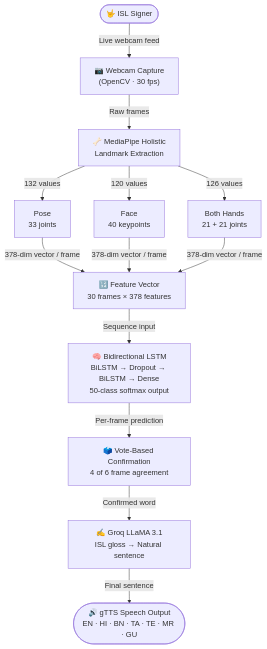
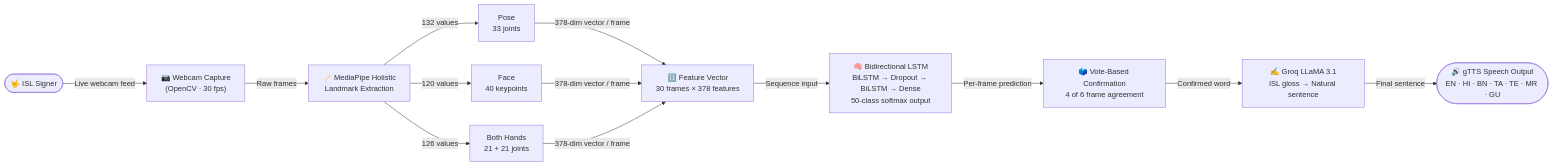
Before and after one commit to architinit/Real-Time-Indic-Sign-Language-to-Speech-Translator: the diagram in README.md, drawn with Mermaid.

````diff
--- a/README.md
+++ b/README.md
@@ -23,13 +23,13 @@
 ```mermaid
-graph TD
+graph LR
     A(["🤟 ISL Signer"]) -->|Live webcam feed| B["📷 Webcam Capture<br/>(OpenCV · 30 fps)"]
     B -->|Raw frames| C["🦴 MediaPipe Holistic<br/>Landmark Extraction"]
     C -->|132 values| D1["Pose<br/>33 joints"]
     C -->|120 values| D2["Face<br/>40 keypoints"]
     C -->|126 values| D3["Both Hands<br/>21 + 21 joints"]
     D1 & D2 & D3 -->|378-dim vector / frame| E["🔢 Feature Vector<br/>30 frames × 378 features"]
     E -->|Sequence input| F["🧠 Bidirectional LSTM<br/>BiLSTM → Dropout → BiLSTM → Dense<br/>50-class softmax output"]
     F -->|Per-frame prediction| G["🗳️ Vote-Based Confirmation<br/>4 of 6 frame agreement"]
     G -->|Confirmed word| H["✍️ Groq LLaMA 3.1<br/>ISL gloss → Natural sentence"]
     H -->|Final sentence| I(["🔊 gTTS Speech Output<br/>EN · HI · BN · TA · TE · MR · GU"])
 ```
````
